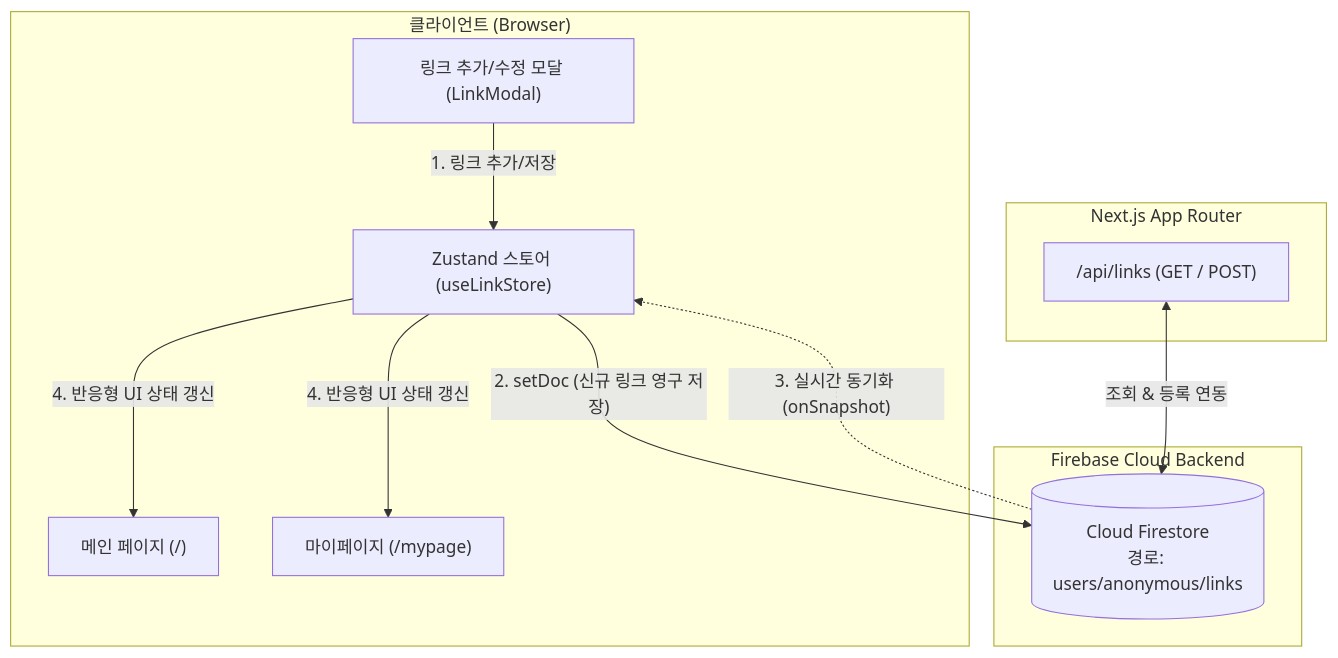
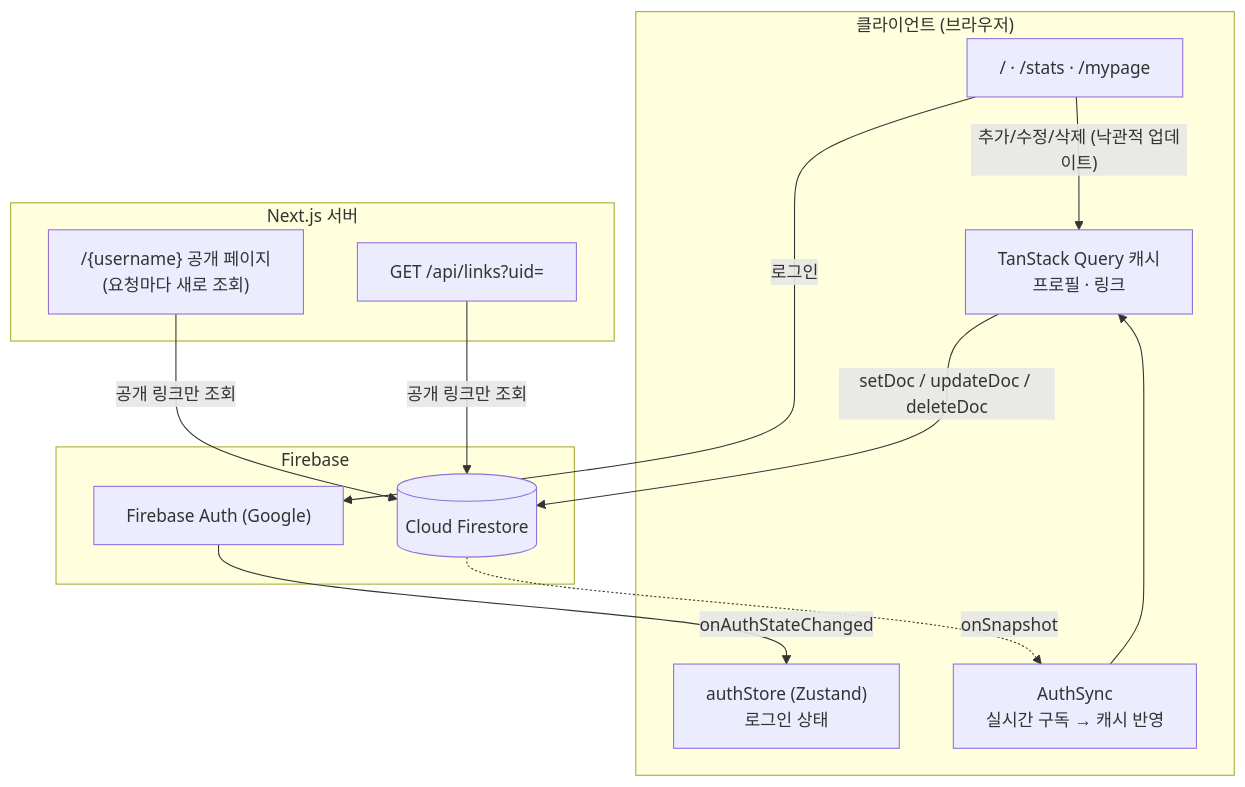
The diagram in README.md (limgyumin-kr/my-link-gm), drawn with Mermaid before and after one commit. The commit also changed other lines of this file, not shown here.

````diff
--- a/README.md
+++ b/README.md
@@ -25,24 +26,28 @@
 ```mermaid
 flowchart TD
-    subgraph Client ["클라이언트 (Browser)"]
-        UI_Main["메인 페이지 (/)"]
-        UI_MyPage["마이페이지 (/mypage)"]
-        Modal["링크 추가/수정 모달 (LinkModal)"]
-        Store["Zustand 스토어 (useLinkStore)"]
+    subgraph Client ["클라이언트 (브라우저)"]
+        Pages["/ · /stats · /mypage"]
+        Auth["authStore (Zustand)<br/>로그인 상태"]
+        Query["TanStack Query 캐시<br/>프로필 · 링크"]
+        Sync["AuthSync<br/>실시간 구독 → 캐시 반영"]
     end
 
-    subgraph Firebase ["Firebase Cloud Backend"]
-        Firestore[("Cloud Firestore<br/>경로: users/anonymous/links")]
+    subgraph Server ["Next.js 서버"]
+        Public["/{username} 공개 페이지<br/>(요청마다 새로 조회)"]
+        API["GET /api/links?uid="]
     end
 
-    subgraph API ["Next.js App Router"]
-        RouteAPI["/api/links (GET / POST)"]
+    subgraph Firebase ["Firebase"]
+        FAuth["Firebase Auth (Google)"]
+        FS[("Cloud Firestore")]
     end
 
-    Modal -->|"1. 링크 추가/저장"| Store
-    Store -->|"2. setDoc (신규 링크 영구 저장)"| Firestore
-    Firestore -.->|"3. 실시간 동기화 (onSnapshot)"| Store
-    Store -->|"4. 반응형 UI 상태 갱신"| UI_Main
-    Store -->|"4. 반응형 UI 상태 갱신"| UI_MyPage
-    RouteAPI <-->|"조회 & 등록 연동"| Firestore
+    Pages -->|"로그인"| FAuth
+    FAuth -->|"onAuthStateChanged"| Auth
+    Pages -->|"추가/수정/삭제 (낙관적 업데이트)"| Query
+    Query -->|"setDoc / updateDoc / deleteDoc"| FS
+    FS -.->|"onSnapshot"| Sync
+    Sync --> Query
+    Public -->|"공개 링크만 조회"| FS
+    API -->|"공개 링크만 조회"| FS
 ```
````
